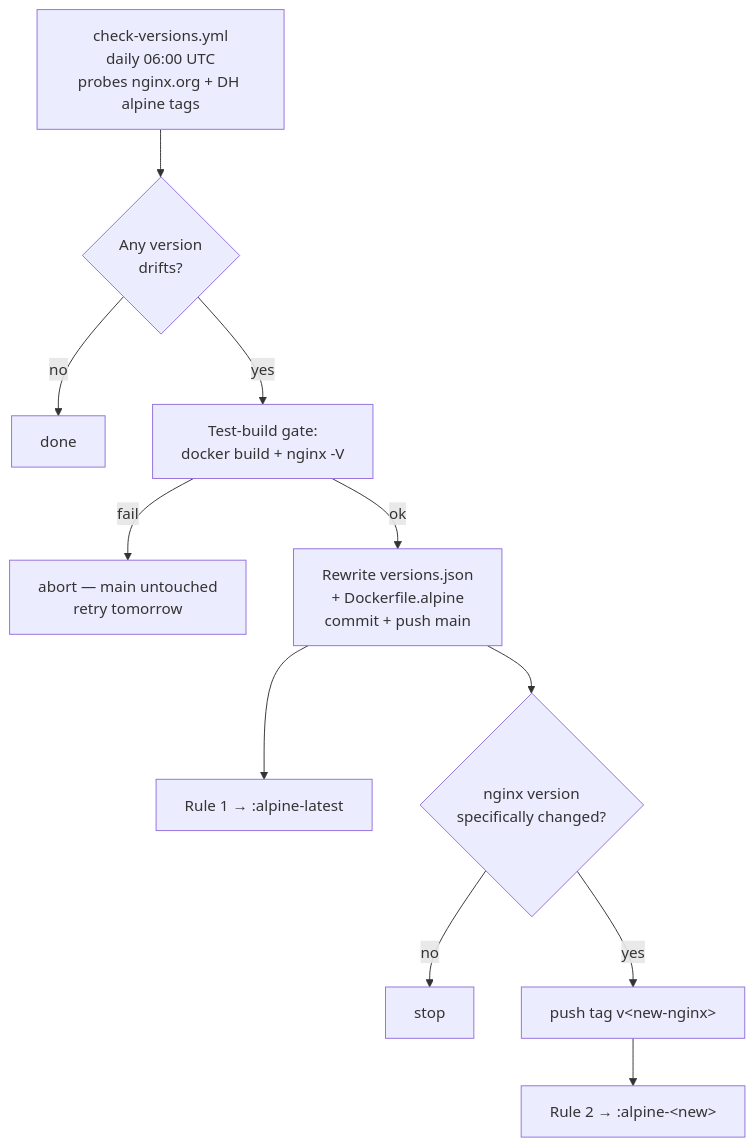
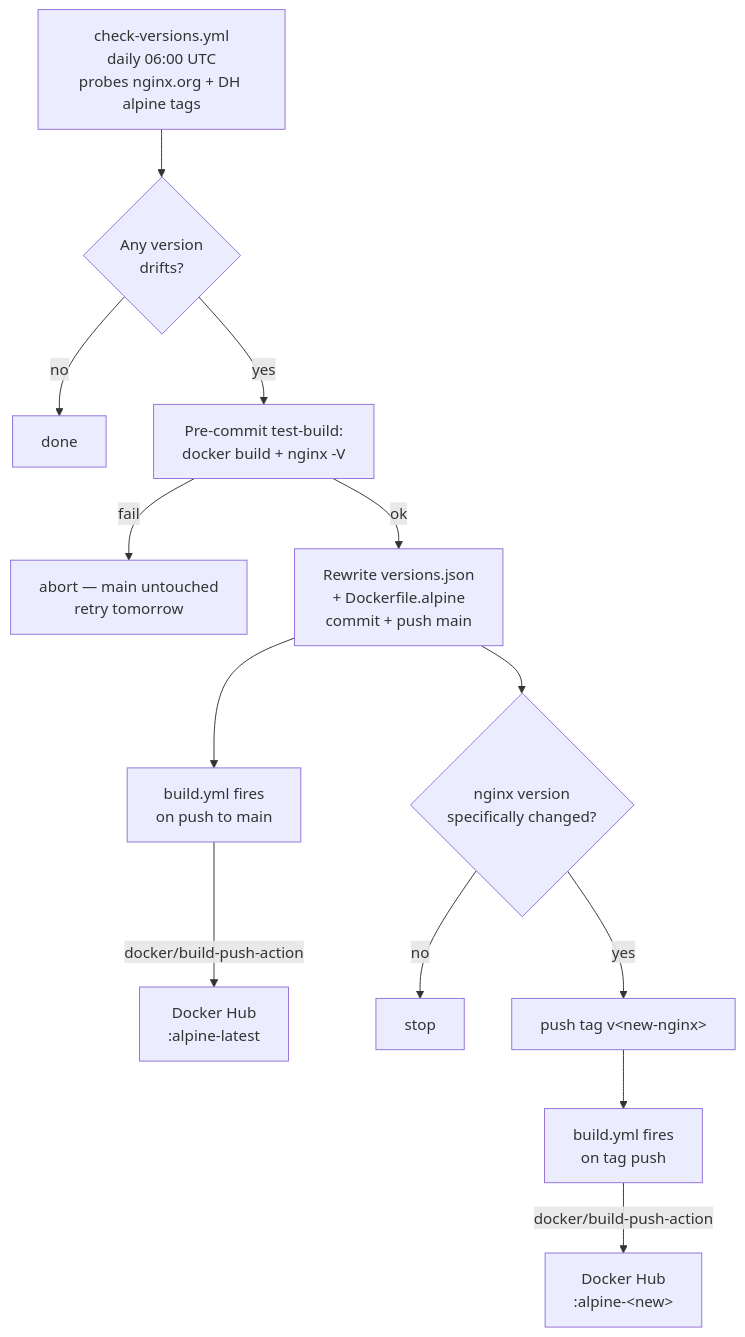
Before and after one commit to ArmyGuy255A/nginx: the diagram in DOCKERHUB_SETUP.md, drawn with Mermaid. The commit also changed other lines of this file and 1 other file, not shown here.

First line of the commit message:
ci: migrate from Docker Hub Automated Builds to GitHub Actions

````diff
--- a/DOCKERHUB_SETUP.md
+++ b/DOCKERHUB_SETUP.md
@@ -49,14 +44,16 @@
 ```mermaid
 flowchart TD
     CV[check-versions.yml<br/>daily 06:00 UTC<br/>probes nginx.org + DH alpine tags]
     CV --> D{Any version<br/>drifts?}
     D -->|no| Done[done]
-    D -->|yes| TB[Test-build gate:<br/>docker build + nginx -V]
+    D -->|yes| TB[Pre-commit test-build:<br/>docker build + nginx -V]
     TB -->|fail| Skip[abort — main untouched<br/>retry tomorrow]
     TB -->|ok| C[Rewrite versions.json<br/>+ Dockerfile.alpine<br/>commit + push main]
-    C --> R1[Rule 1 → :alpine-latest]
+    C --> BW[build.yml fires<br/>on push to main]
+    BW -->|docker/build-push-action| L[Docker Hub<br/>:alpine-latest]
     C --> Q{nginx version<br/>specifically changed?}
     Q -->|no| Stop[stop]
     Q -->|yes| Tag[push tag v&lt;new-nginx&gt;]
-    Tag --> R2[Rule 2 → :alpine-&lt;new&gt;]
+    Tag --> BT[build.yml fires<br/>on tag push]
+    BT -->|docker/build-push-action| V[Docker Hub<br/>:alpine-&lt;new&gt;]
 ```
````
